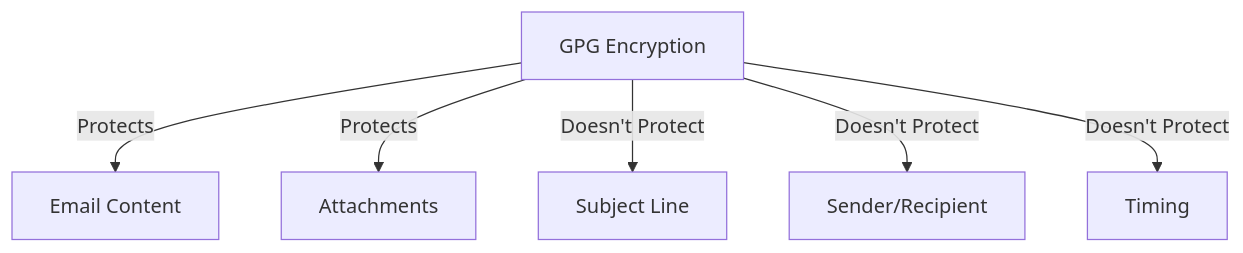
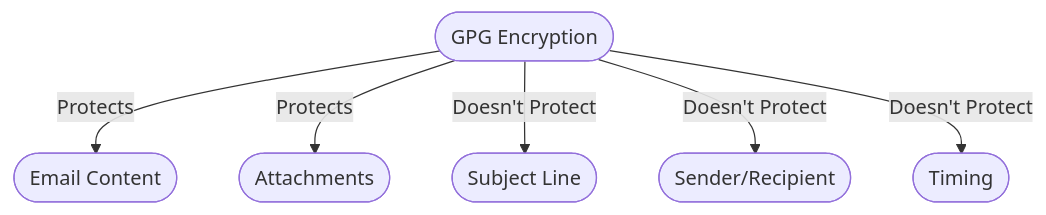
One commit to luizdepra/hugo-coder changed the sixth of 6 diagrams in content/posts/email-security-for-writers.md. Above: the diagram before and after it, drawn with Mermaid. The commit also changed other lines of this file, not shown here.

Commit message:
style: Update Mermaid diagrams with rounded node corners

```diff
--- a/content/posts/email-security-for-writers.md
+++ b/content/posts/email-security-for-writers.md
@@ -163,8 +163,8 @@
 {{< mermaid >}}
 graph TD
-    A[GPG Encryption] -->|Protects| B[Email Content]
-    A -->|Protects| C[Attachments]
-    A -->|Doesn't Protect| D[Subject Line]
-    A -->|Doesn't Protect| E[Sender/Recipient]
-    A -->|Doesn't Protect| F[Timing]
+    A([GPG Encryption]) -->|Protects| B([Email Content])
+    A -->|Protects| C([Attachments])
+    A -->|Doesn't Protect| D([Subject Line])
+    A -->|Doesn't Protect| E([Sender/Recipient])
+    A -->|Doesn't Protect| F([Timing])
 {{< /mermaid >}}
```
